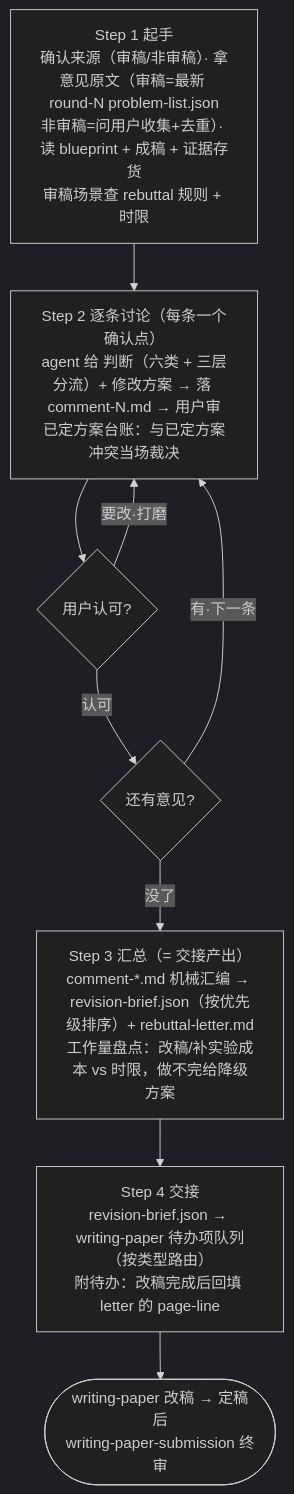
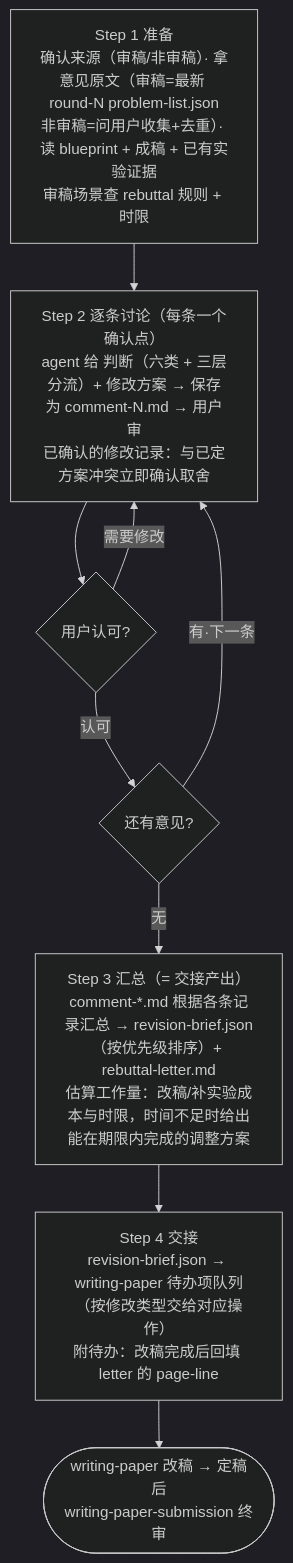
The second of 2 diagrams in plugins/dl-assistant/skills/writing-paper-response/SKILL.md (jackwang0108/dl-assistant), drawn with Mermaid (dark theme) before and after one commit. The commit also changed other lines of this file and 143 other files, not shown here.

````diff
--- a/plugins/dl-assistant/skills/writing-paper-response/SKILL.md
+++ b/plugins/dl-assistant/skills/writing-paper-response/SKILL.md
@@ -89,13 +89,13 @@
 ```mermaid
 flowchart TD
-    S1["Step 1 起手<br/>确认来源（审稿/非审稿）· 拿意见原文（审稿=最新 round-N problem-list.json<br/>非审稿=问用户收集+去重）· 读 blueprint + 成稿 + 证据存货<br/>审稿场景查 rebuttal 规则 + 时限"]
+    S1["Step 1 准备<br/>确认来源（审稿/非审稿）· 拿意见原文（审稿=最新 round-N problem-list.json<br/>非审稿=问用户收集+去重）· 读 blueprint + 成稿 + 已有实验证据<br/>审稿场景查 rebuttal 规则 + 时限"]
     S1 --> S2
-    S2["Step 2 逐条讨论（每条一个确认点）<br/>agent 给 判断（六类 + 三层分流）+ 修改方案 → 落 comment-N.md → 用户审<br/>已定方案台账：与已定方案冲突当场裁决"]
+    S2["Step 2 逐条讨论（每条一个确认点）<br/>agent 给 判断（六类 + 三层分流）+ 修改方案 → 保存为 comment-N.md → 用户审<br/>已确认的修改记录：与已定方案冲突立即确认取舍"]
     S2 --> G1{"用户认可?"}
-    G1 -->|要改·打磨| S2
+    G1 -->|需要修改| S2
     G1 -->|认可| G2{"还有意见?"}
     G2 -->|有·下一条| S2
-    G2 -->|没了| S3["Step 3 汇总（= 交接产出）<br/>comment-*.md 机械汇编 → revision-brief.json（按优先级排序）+ rebuttal-letter.md<br/>工作量盘点：改稿/补实验成本 vs 时限，做不完给降级方案"]
-    S3 --> S4["Step 4 交接<br/>revision-brief.json → writing-paper 待办项队列（按类型路由）<br/>附待办：改稿完成后回填 letter 的 page-line"]
+    G2 -->|无| S3["Step 3 汇总（= 交接产出）<br/>comment-*.md 根据各条记录汇总 → revision-brief.json（按优先级排序）+ rebuttal-letter.md<br/>估算工作量：改稿/补实验成本与时限，时间不足时给出能在期限内完成的调整方案"]
+    S3 --> S4["Step 4 交接<br/>revision-brief.json → writing-paper 待办项队列（按修改类型交给对应操作）<br/>附待办：改稿完成后回填 letter 的 page-line"]
     S4 --> END(["writing-paper 改稿 → 定稿后<br/>writing-paper-submission 终审"])
 ```
````
